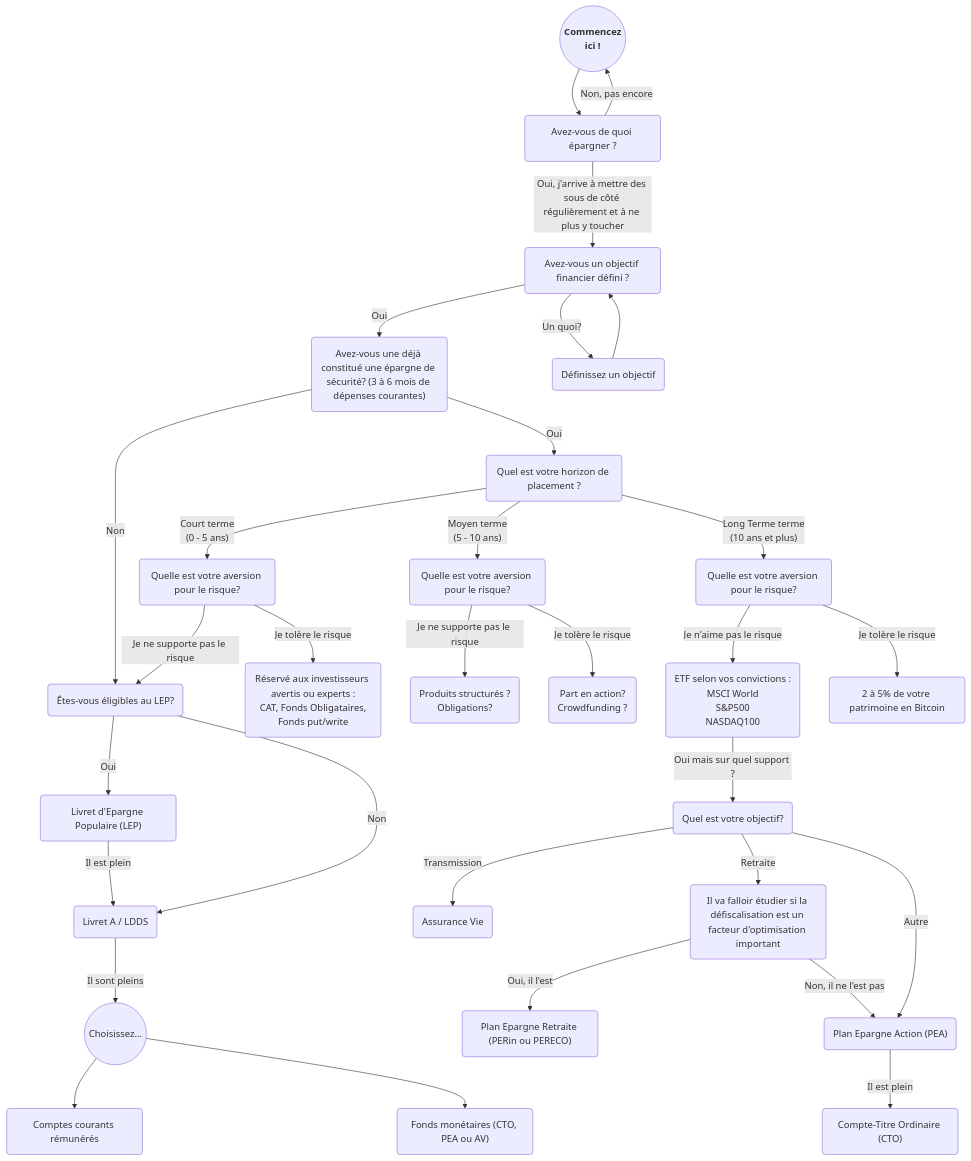
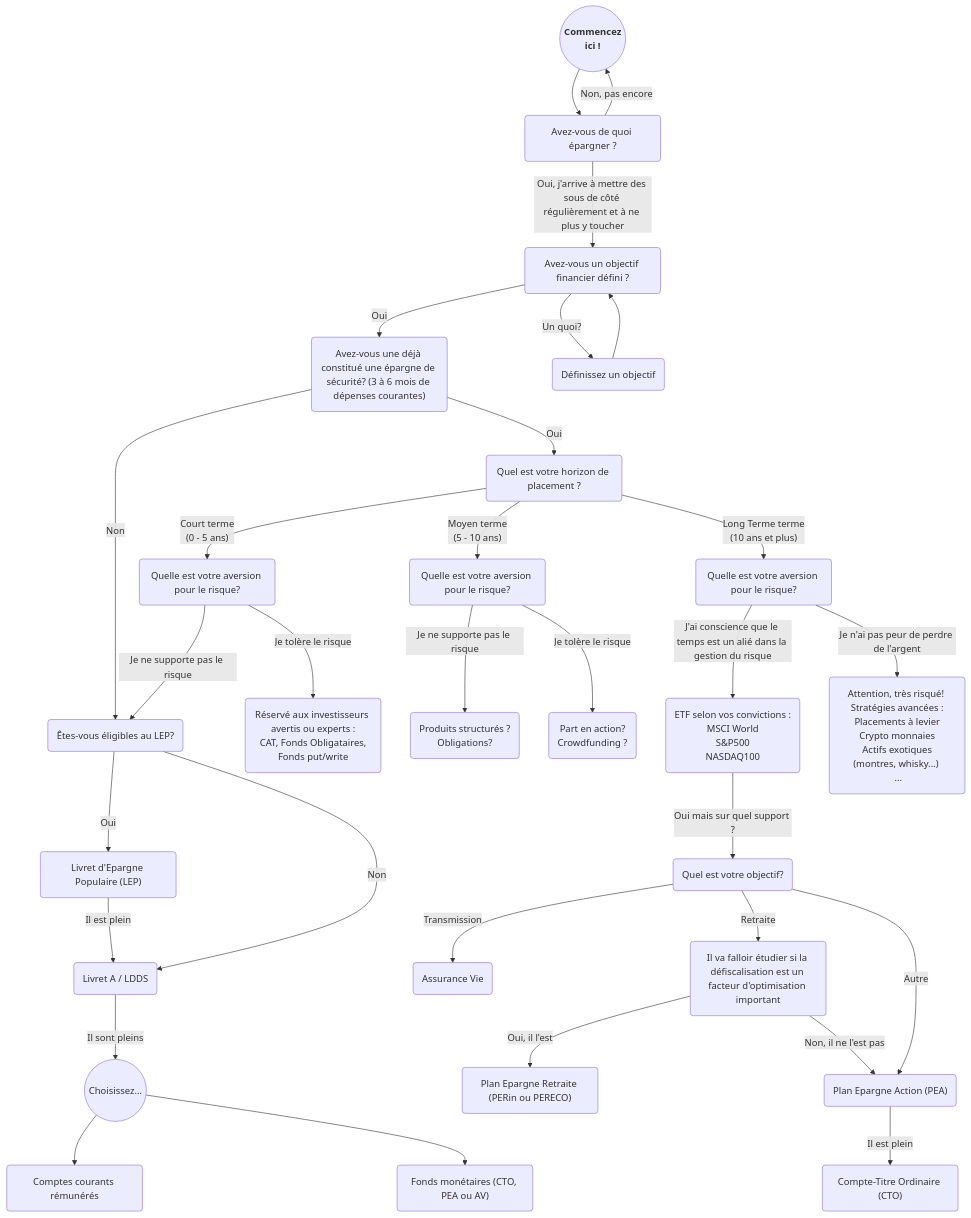
The diagram in README.md (luminoucat/MesFinances), drawn with Mermaid before and after one commit.

Commit message:
Update README.md
Changement crypto

```diff
--- a/README.md
+++ b/README.md
@@ -41,7 +41,7 @@
 
     etf("ETF selon vos convictions : <br> MSCI World <br> S&P500 <br> NASDAQ100")
 
-    crypto("2 à 5% de votre patrimoine en Bitcoin")
+    crypto("Attention, très risqué! <br> Stratégies avancées : <br> Placements à levier <br> Crypto monnaies <br> Actifs exotiques (montres, whisky...) <br> ...")
 
     objectifetf("Quel est votre objectif?")
 
@@ -99,9 +99,9 @@
 
     aversionMT--Je tolère le risque-->456
 
-    aversionLT--Je n'aime pas le risque-->etf
+    aversionLT--J'ai conscience que le temps est un alié dans la gestion du risque-->etf
 
-    aversionLT--Je tolère le risque-->crypto
+    aversionLT--Je n'ai pas peur de perdre de l'argent-->crypto
 
     etf--Oui mais sur quel support ?-->objectifetf
 
```
